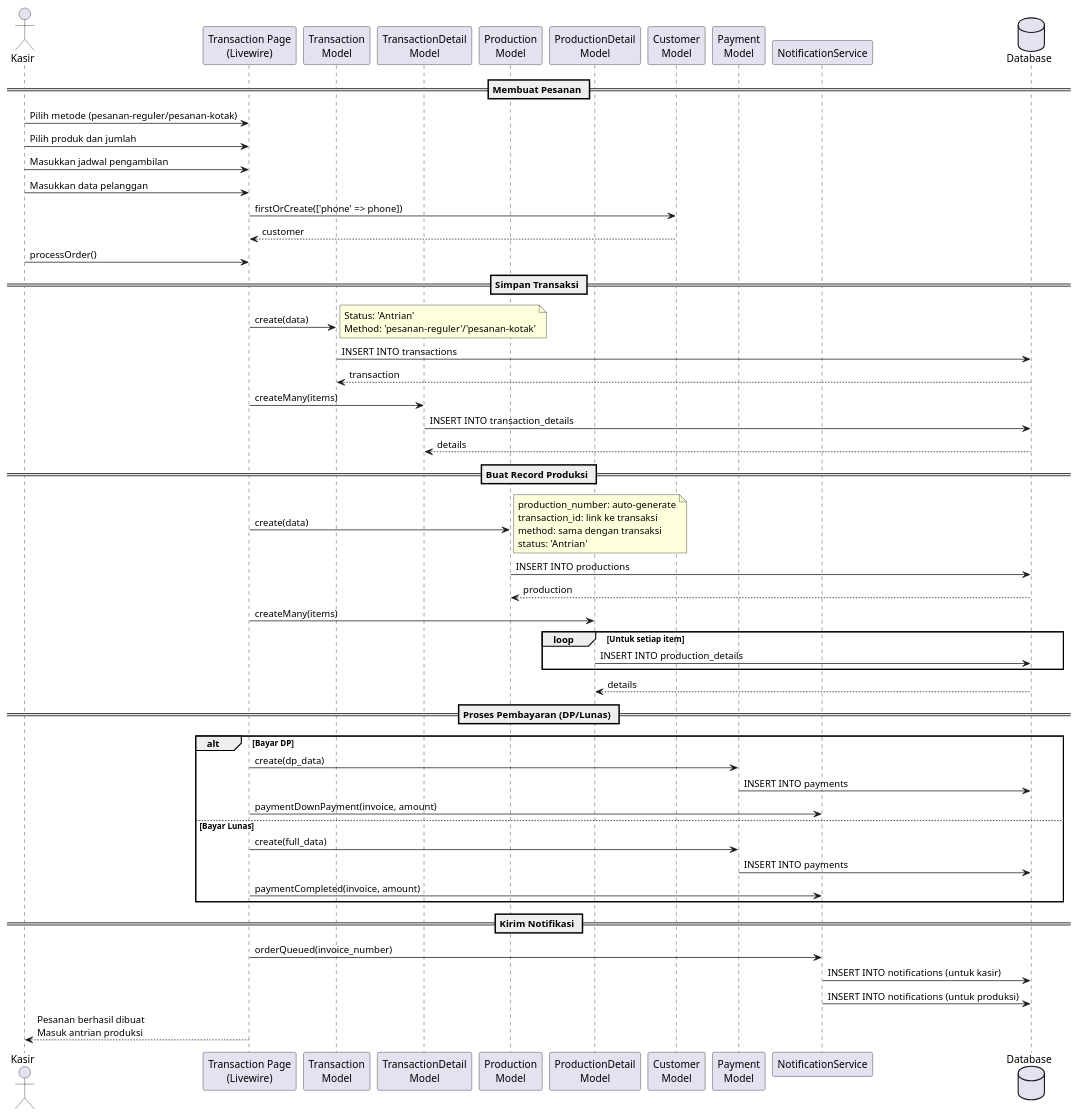
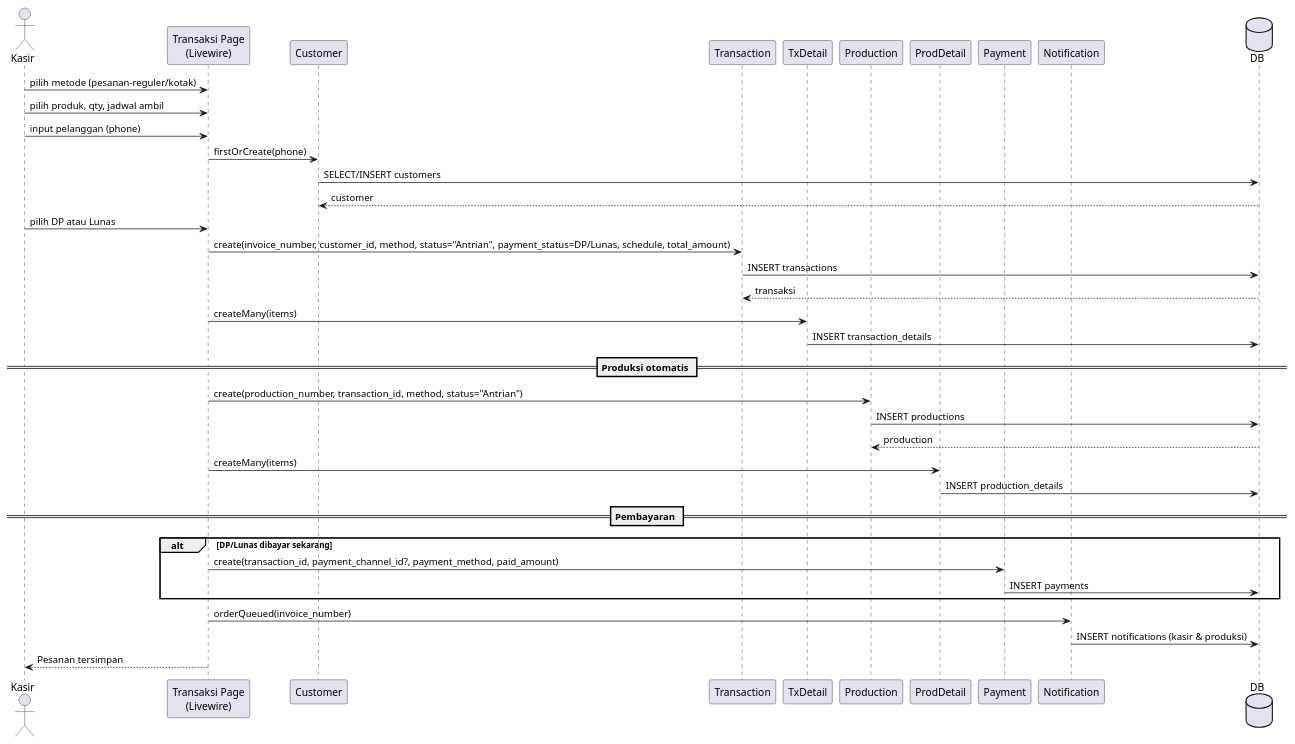
One commit to pawon3d/pawon3d changed the fourth of 9 diagrams in docs/diagrams/03_SEQUENCE_DIAGRAM.md. Above: the diagram before and after it, drawn with PlantUML. The commit also changed other lines of this file and 155 other files, not shown here.

````diff
--- a/docs/diagrams/03_SEQUENCE_DIAGRAM.md
+++ b/docs/diagrams/03_SEQUENCE_DIAGRAM.md
@@ -242,75 +196,46 @@
 ```plantuml
-@startuml Sequence Diagram - Transaksi Pesanan
+@startuml Sequence - Pesanan
+actor Kasir
+participant "Transaksi Page\n(Livewire)" as Page
+participant Customer
+participant Transaction
+participant TxDetail
+participant Production
+participant ProdDetail
+participant Payment
+participant Notification as Notif
+database DB
 
-actor Kasir
-participant "Transaction Page\n(Livewire)" as TxPage
-participant "Transaction\nModel" as Transaction
-participant "TransactionDetail\nModel" as TxDetail
-participant "Production\nModel" as Production
-participant "ProductionDetail\nModel" as ProdDetail
-participant "Customer\nModel" as Customer
-participant "Payment\nModel" as Payment
-participant "NotificationService" as Notif
-database Database as DB
+Kasir -> Page: pilih metode (pesanan-reguler/kotak)
+Kasir -> Page: pilih produk, qty, jadwal ambil
+Kasir -> Page: input pelanggan (phone)
+Page -> Customer: firstOrCreate(phone)
+Customer -> DB: SELECT/INSERT customers
+DB --> Customer: customer
 
-== Membuat Pesanan ==
-Kasir -> TxPage: Pilih metode (pesanan-reguler/pesanan-kotak)
-Kasir -> TxPage: Pilih produk dan jumlah
-Kasir -> TxPage: Masukkan jadwal pengambilan
-Kasir -> TxPage: Masukkan data pelanggan
+Kasir -> Page: pilih DP atau Lunas
+Page -> Transaction: create(invoice_number, customer_id, method, status="Antrian", payment_status=DP/Lunas, schedule, total_amount)
+Transaction -> DB: INSERT transactions
+DB --> Transaction: transaksi
 
-TxPage -> Customer: firstOrCreate(['phone' => phone])
-Customer --> TxPage: customer
+Page -> TxDetail: createMany(items)
+TxDetail -> DB: INSERT transaction_details
 
-Kasir -> TxPage: processOrder()
+== Produksi otomatis ==
+Page -> Production: create(production_number, transaction_id, method, status="Antrian")
+Production -> DB: INSERT productions
+DB --> Production: production
+Page -> ProdDetail: createMany(items)
+ProdDetail -> DB: INSERT production_details
 
-== Simpan Transaksi ==
-TxPage -> Transaction: create(data)
-note right
-  Status: 'Antrian'
-  Method: 'pesanan-reguler'/'pesanan-kotak'
-end note
-Transaction -> DB: INSERT INTO transactions
-DB --> Transaction: transaction
-
-TxPage -> TxDetail: createMany(items)
-TxDetail -> DB: INSERT INTO transaction_details
-DB --> TxDetail: details
-
-== Buat Record Produksi ==
-TxPage -> Production: create(data)
-note right
-  production_number: auto-generate
-  transaction_id: link ke transaksi
-  method: sama dengan transaksi
-  status: 'Antrian'
-end note
-Production -> DB: INSERT INTO productions
-DB --> Production: production
-
-TxPage -> ProdDetail: createMany(items)
-loop Untuk setiap item
-    ProdDetail -> DB: INSERT INTO production_details
-end
-DB --> ProdDetail: details
-
-== Proses Pembayaran (DP/Lunas) ==
-alt Bayar DP
-    TxPage -> Payment: create(dp_data)
-    Payment -> DB: INSERT INTO payments
-    TxPage -> Notif: paymentDownPayment(invoice, amount)
-else Bayar Lunas
-    TxPage -> Payment: create(full_data)
-    Payment -> DB: INSERT INTO payments
-    TxPage -> Notif: paymentCompleted(invoice, amount)
+== Pembayaran ==
+alt DP/Lunas dibayar sekarang
+    Page -> Payment: create(transaction_id, payment_channel_id?, payment_method, paid_amount)
+    Payment -> DB: INSERT payments
 end
 
-== Kirim Notifikasi ==
-TxPage -> Notif: orderQueued(invoice_number)
-Notif -> DB: INSERT INTO notifications (untuk kasir)
-Notif -> DB: INSERT INTO notifications (untuk produksi)
-
-TxPage --> Kasir: Pesanan berhasil dibuat\nMasuk antrian produksi
-
+Page -> Notif: orderQueued(invoice_number)
+Notif -> DB: INSERT notifications (kasir & produksi)
+Page --> Kasir: Pesanan tersimpan
 @enduml
 ```
````
